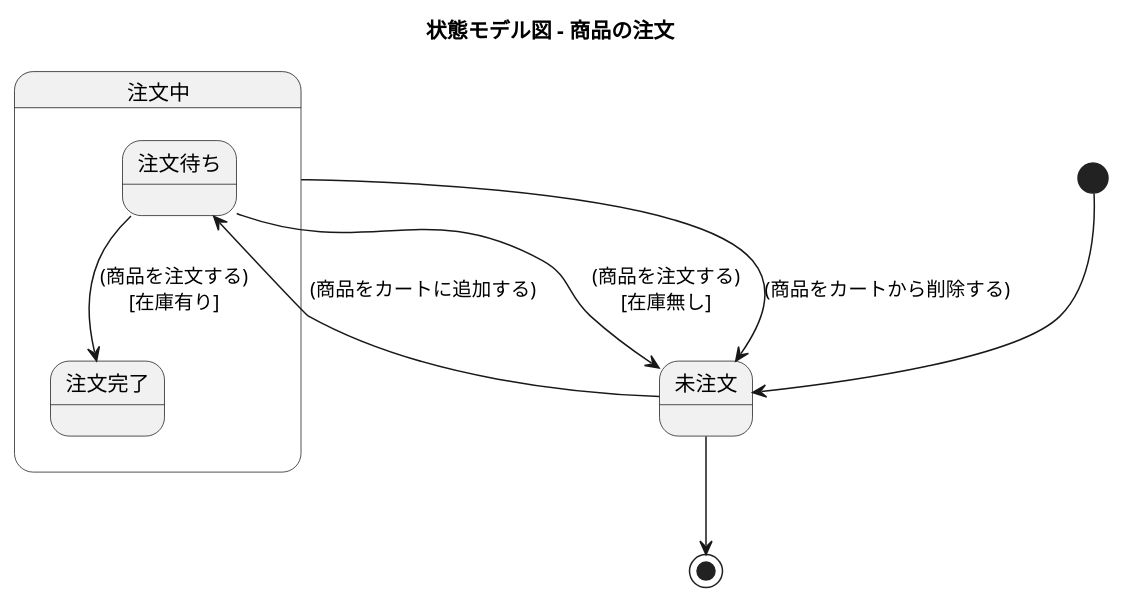
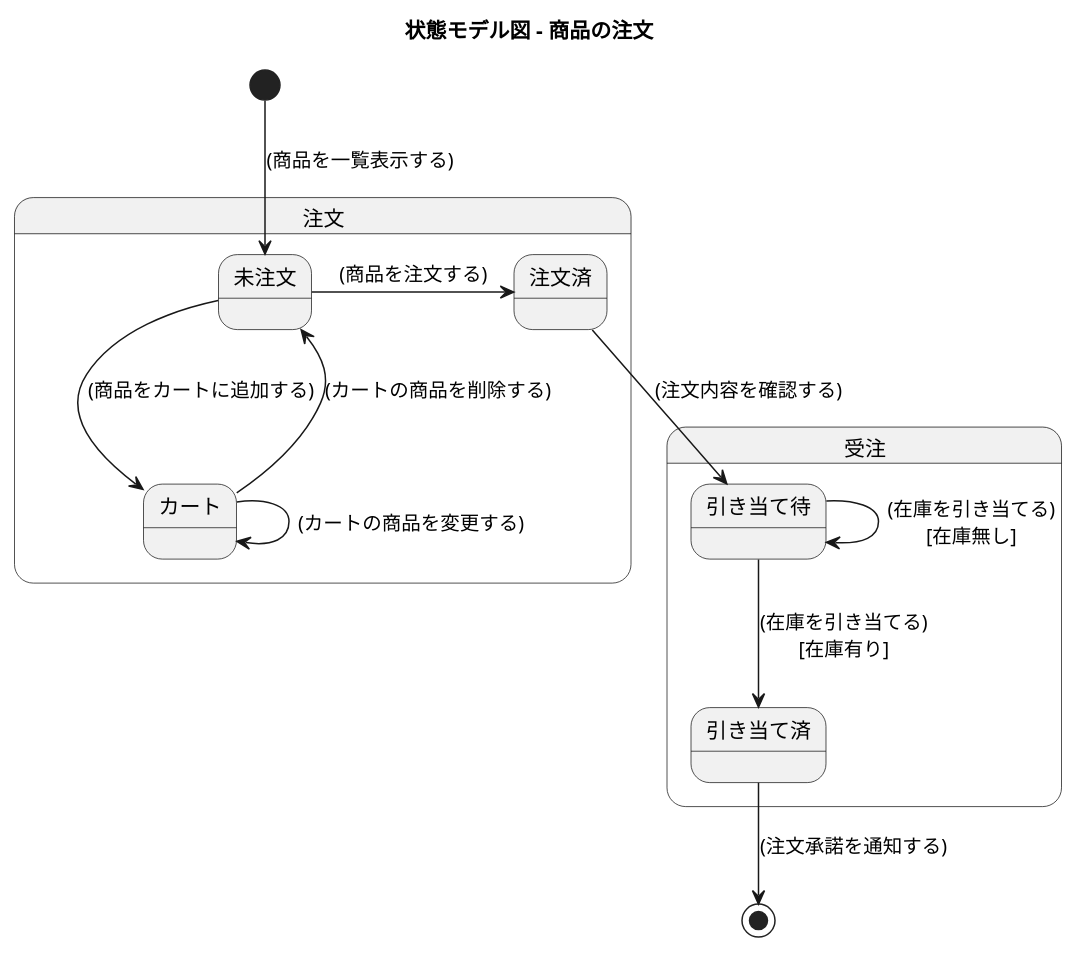
Diagram 37 of 49 in docs/index.adoc (k2works/application_programing_excercise_2022), drawn with PlantUML before and after one commit. The commit also changed other lines of this file, not shown here.

```diff
--- a/docs/index.adoc
+++ b/docs/index.adoc
@@ -1241,23 +1241,27 @@
 [plantuml]
 ----
 @startuml
 
 title 状態モデル図 - 商品の注文
 
+state 注文 {
 state 未注文
-
-state 注文中 {
-state 注文待ち
-state 注文完了
+state カート
+state 注文済
+}
+state 受注 {
+state 引き当て待
+state 引き当て済
 }
 
-[*] --> 未注文
-未注文 --> [*]
+[*] --> 未注文 : (商品を一覧表示する)
+未注文 --> カート : (商品をカートに追加する)
+カート --> 未注文 : (カートの商品を削除する)
+カート --> カート : (カートの商品を変更する)
+未注文 -> 注文済: (商品を注文する)
 
-未注文 --> 注文待ち: (商品をカートに追加する)
-注文中 --> 未注文: (商品をカートから削除する)
-
-注文待ち --> 注文完了: (商品を注文する)\n[在庫有り]
-注文待ち --> 未注文: (商品を注文する)\n[在庫無し]
-@enduml
+注文済 --> 引き当て待 : (注文内容を確認する)
+引き当て待 --> 引き当て済 : (在庫を引き当てる)\n[在庫有り]
+引き当て待 --> 引き当て待 : (在庫を引き当てる)\n[在庫無し]
+引き当て済 --> [*] : (注文承諾を通知する)
 ----
```
